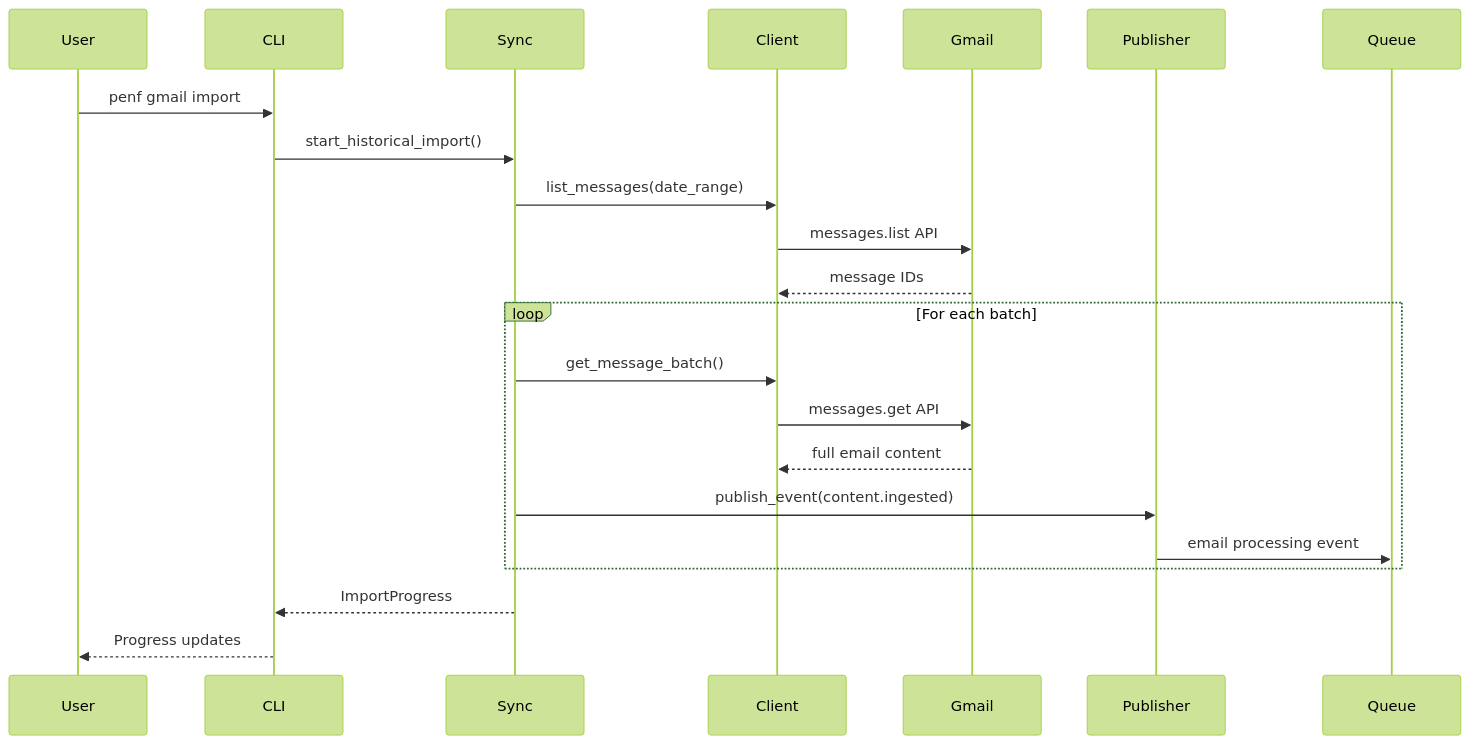
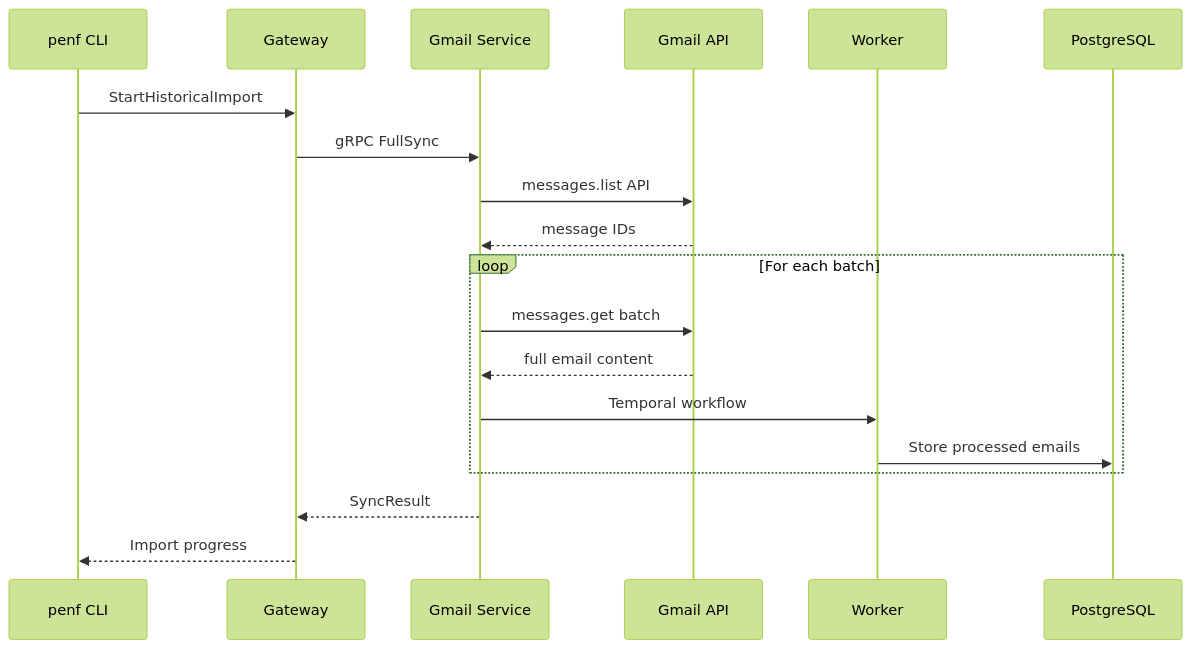
One commit to otherjamesbrown/penfold changed the second of 3 diagrams in docs/gmail-integration/architecture.md. Above: the diagram before and after it, drawn with Mermaid (forest theme). The commit also changed other lines of this file and 4 other files, not shown here.

````diff
--- a/docs/gmail-integration/architecture.md
+++ b/docs/gmail-integration/architecture.md
@@ -346,27 +442,24 @@
 ```mermaid
 sequenceDiagram
-    participant User
-    participant CLI
-    participant Sync
-    participant Client
-    participant Gmail
-    participant Publisher
-    participant Queue
+    participant CLI as penf CLI
+    participant Gateway as Gateway
+    participant Gmail as Gmail Service
+    participant API as Gmail API
+    participant Worker as Worker
+    participant DB as PostgreSQL
 
-    User->>CLI: penf gmail import
-    CLI->>Sync: start_historical_import()
-    Sync->>Client: list_messages(date_range)
-    Client->>Gmail: messages.list API
-    Gmail-->>Client: message IDs
+    CLI->>Gateway: StartHistoricalImport
+    Gateway->>Gmail: gRPC FullSync
+    Gmail->>API: messages.list API
+    API-->>Gmail: message IDs
 
     loop For each batch
-        Sync->>Client: get_message_batch()
-        Client->>Gmail: messages.get API
-        Gmail-->>Client: full email content
-        Sync->>Publisher: publish_event(content.ingested)
-        Publisher->>Queue: email processing event
+        Gmail->>API: messages.get batch
+        API-->>Gmail: full email content
+        Gmail->>Worker: Temporal workflow
+        Worker->>DB: Store processed emails
     end
 
-    Sync-->>CLI: ImportProgress
-    CLI-->>User: Progress updates
+    Gmail-->>Gateway: SyncResult
+    Gateway-->>CLI: Import progress
 ```
````
